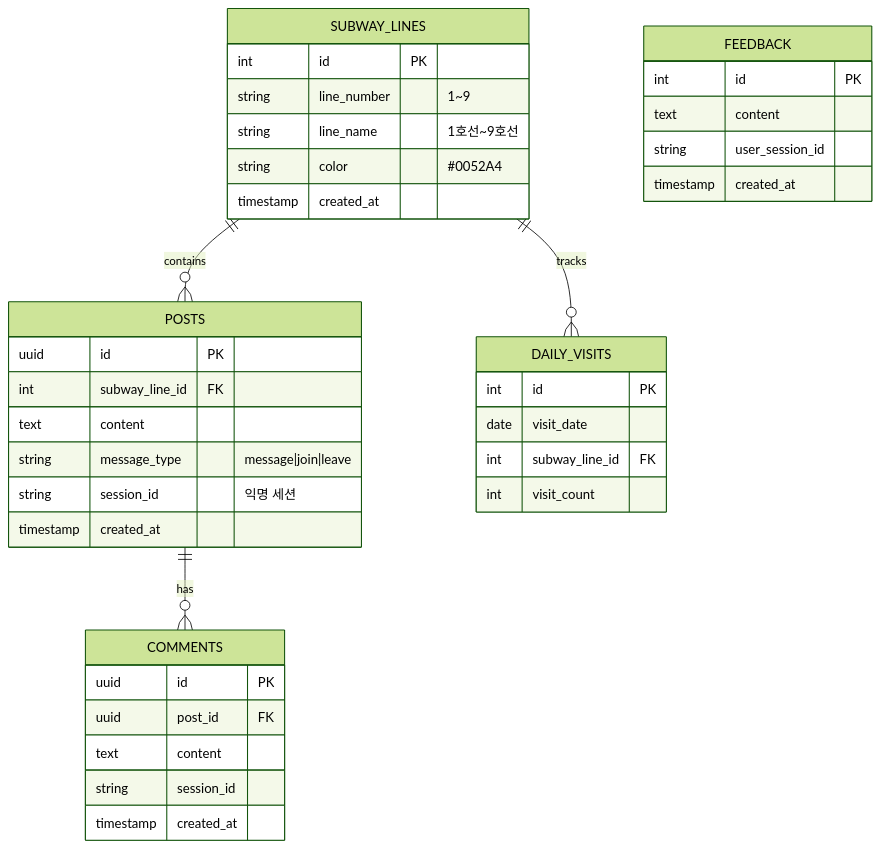
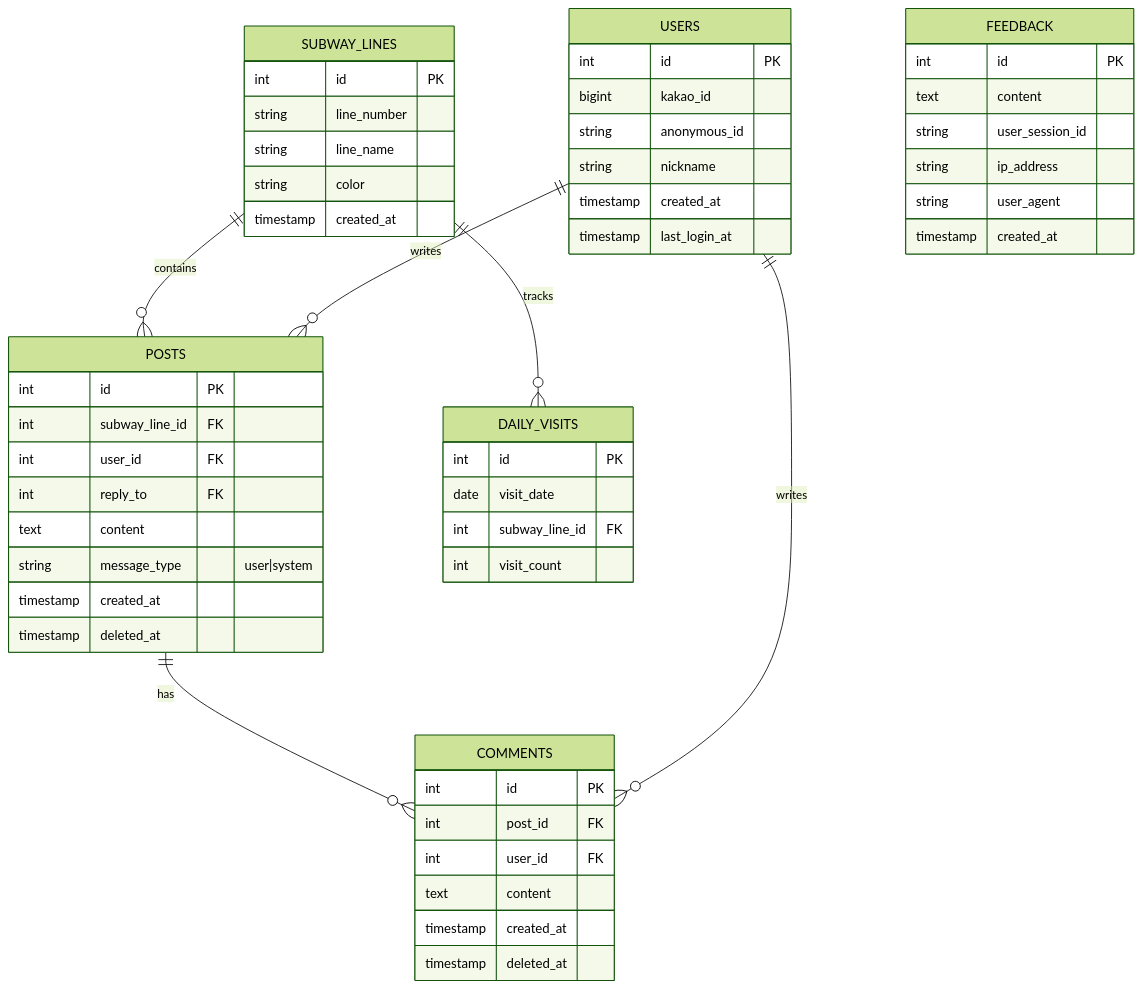
One commit to doublesilver/subway-board changed the diagram in README.md. Above: the diagram before and after it, drawn with Mermaid (forest theme). The commit also changed other lines of this file, not shown here.

````diff
--- a/README.md
+++ b/README.md
@@ -211,45 +107,61 @@
 ```mermaid
 erDiagram
     SUBWAY_LINES ||--o{ POSTS : contains
     SUBWAY_LINES ||--o{ DAILY_VISITS : tracks
     POSTS ||--o{ COMMENTS : has
+    USERS ||--o{ POSTS : writes
+    USERS ||--o{ COMMENTS : writes
 
     SUBWAY_LINES {
         int id PK
-        string line_number "1~9"
-        string line_name "1호선~9호선"
-        string color "#0052A4"
+        string line_number
+        string line_name
+        string color
         timestamp created_at
     }
 
+    USERS {
+        int id PK
+        bigint kakao_id
+        string anonymous_id
+        string nickname
+        timestamp created_at
+        timestamp last_login_at
+    }
+
     POSTS {
-        uuid id PK
+        int id PK
         int subway_line_id FK
+        int user_id FK
+        int reply_to FK
         text content
-        string message_type "message|join|leave"
-        string session_id "익명 세션"
+        string message_type "user|system"
         timestamp created_at
+        timestamp deleted_at
     }
 
     COMMENTS {
-        uuid id PK
-        uuid post_id FK
+        int id PK
+        int post_id FK
+        int user_id FK
         text content
-        string session_id
         timestamp created_at
+        timestamp deleted_at
     }
 
     DAILY_VISITS {
         int id PK
         date visit_date
         int subway_line_id FK
         int visit_count
     }
 
     FEEDBACK {
         int id PK
         text content
         string user_session_id
+        string ip_address
+        string user_agent
         timestamp created_at
     }
 ```
````
